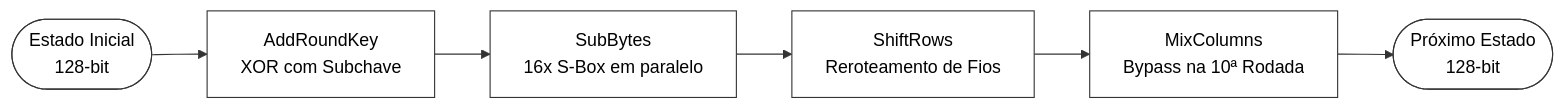
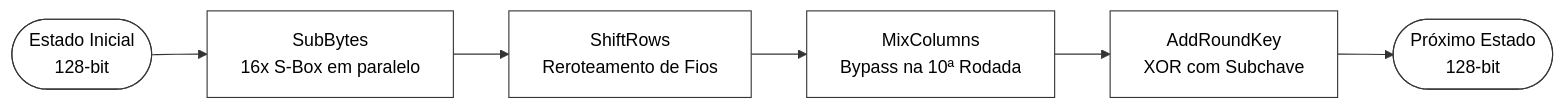
The second of 4 diagrams in docs/architecture/microarquitetura_v1.0.md (MatheusCarne/ciexpert-acelerador-aes-spi), drawn with Mermaid before and after one commit. The commit also changed other lines of this file, not shown here.

````diff
--- a/docs/architecture/microarquitetura_v1.0.md
+++ b/docs/architecture/microarquitetura_v1.0.md
@@ -58,15 +58,15 @@
 ```mermaid
 flowchart LR
-    IN([Estado Inicial<br/>128-bit]) --> ARK[AddRoundKey<br/>XOR com Subchave]
-    ARK --> SB[SubBytes<br/>16x S-Box em paralelo]
+    IN([Estado Inicial<br/>128-bit]) --> SB[SubBytes<br/>16x S-Box em paralelo]
     SB --> SR[ShiftRows<br/>Reroteamento de Fios]
     SR --> MC[MixColumns<br/>Bypass na 10ª Rodada]
-    MC --> OUT([Próximo Estado<br/>128-bit])
+    MC --> ARK[AddRoundKey<br/>XOR com Subchave]
+    ARK --> OUT([Próximo Estado<br/>128-bit])
     
     style IN fill:#ffffff,stroke:#333,color:#000
-    style ARK fill:#ffffff,stroke:#333,color:#000
     style SB fill:#ffffff,stroke:#333,color:#000
     style SR fill:#ffffff,stroke:#333,color:#000
     style MC fill:#ffffff,stroke:#333,color:#000
+    style ARK fill:#ffffff,stroke:#333,color:#000
     style OUT fill:#ffffff,stroke:#333,color:#000
 ```
````
